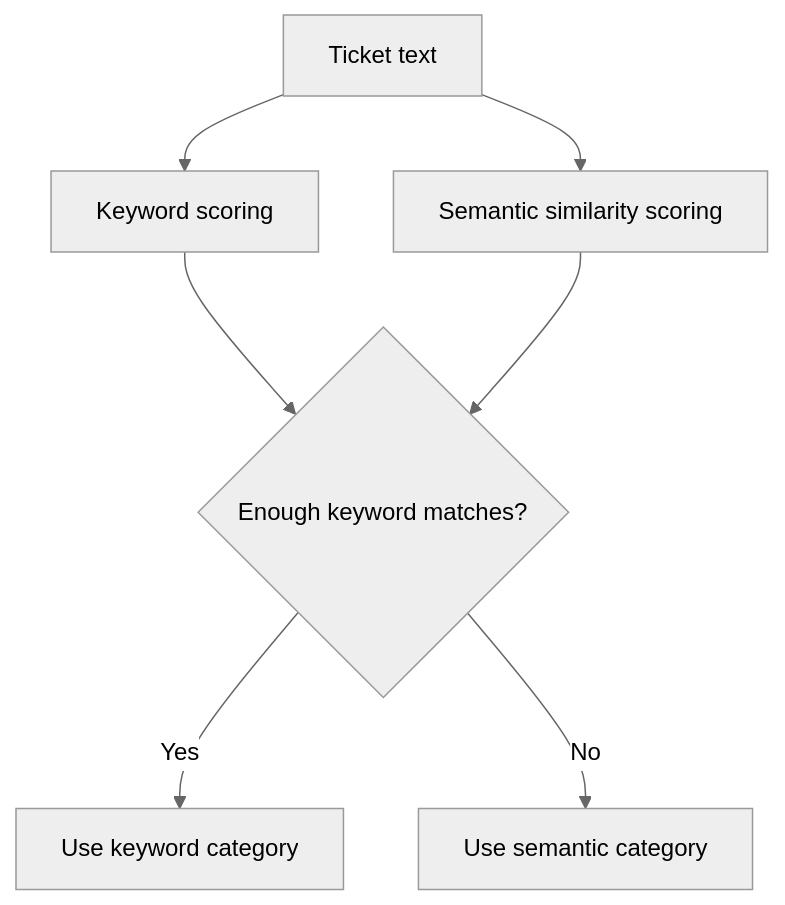
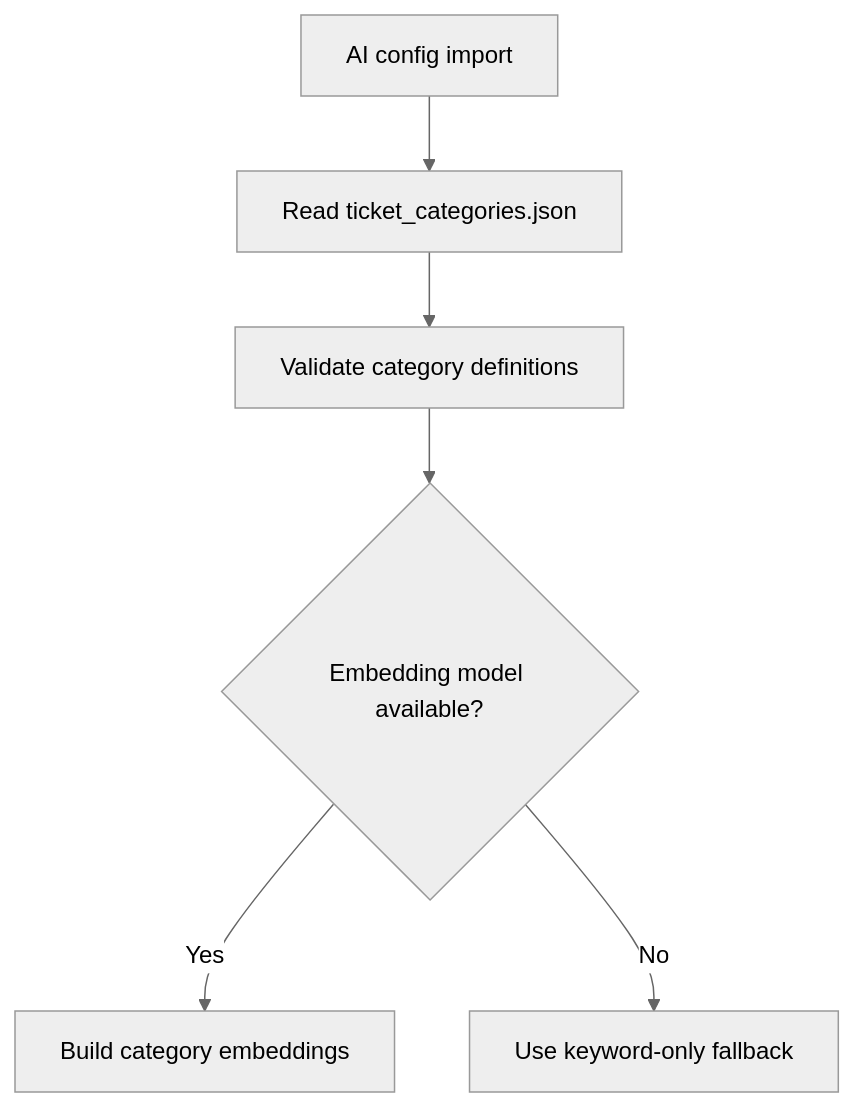
One commit to Plymouth-University/comp2003-2025-2026-team-3 changed the second of 5 diagrams in docs/services/ai-service/flows.md. Above: the diagram before and after it, drawn with Mermaid (neutral theme). The commit also changed other lines of this file and 5 other files, not shown here.

````diff
--- a/docs/services/ai-service/flows.md
+++ b/docs/services/ai-service/flows.md
@@ -63,11 +56,8 @@
 ```mermaid
 flowchart TD
-  Text[Ticket text] --> KW[Keyword scoring]
-  Text --> SEM[Semantic similarity scoring]
-
-  KW --> Check{Enough keyword matches?}
-  SEM --> Check
-
-  Check -->|Yes| KeywordResult[Use keyword category]
-  Check -->|No| SemanticResult[Use semantic category]
+  Start[AI config import] --> Load[Read ticket_categories.json]
+  Load --> Validate[Validate category definitions]
+  Validate --> Model{Embedding model available?}
+  Model -->|Yes| BuildEmb[Build category embeddings]
+  Model -->|No| KeywordOnly[Use keyword-only fallback]
 ```
````
